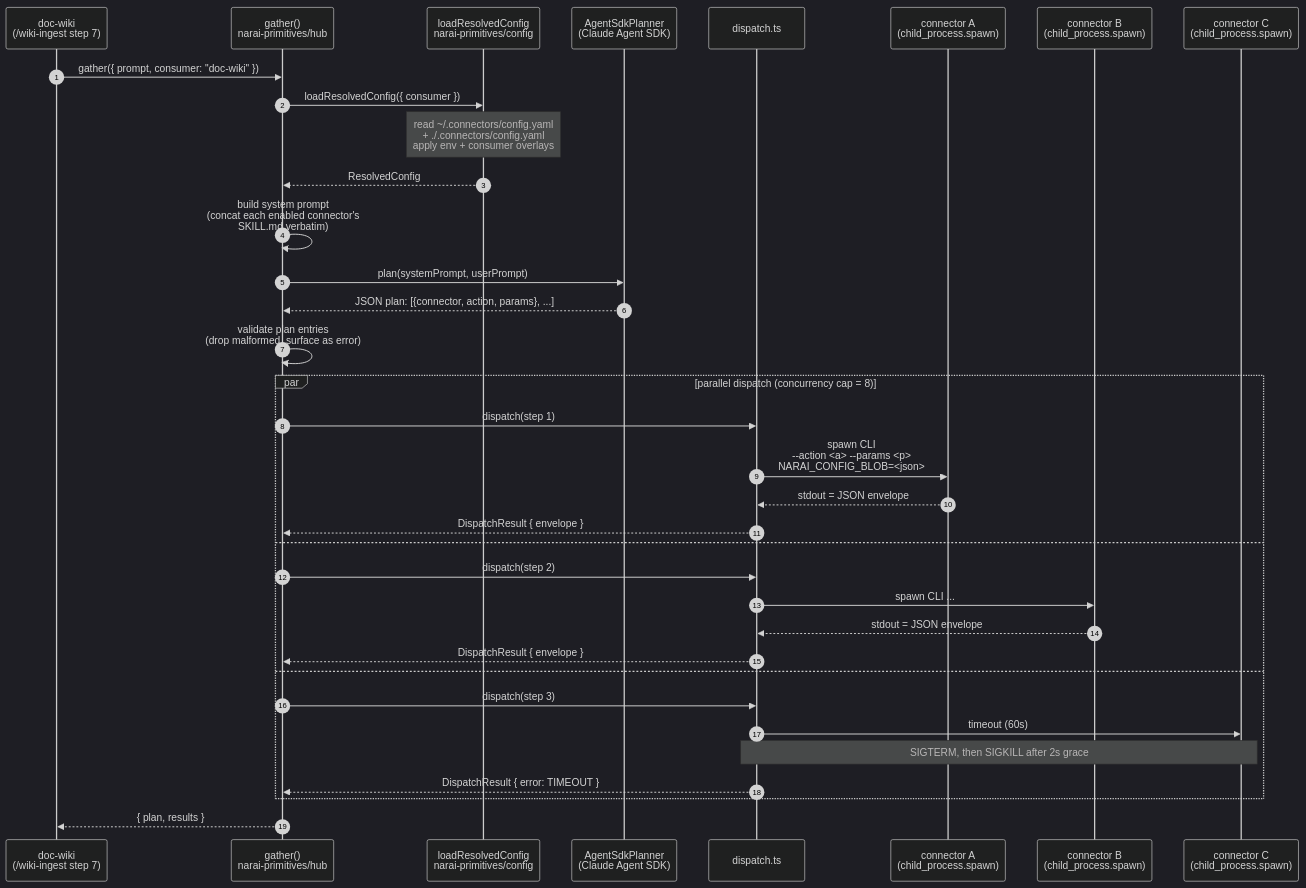
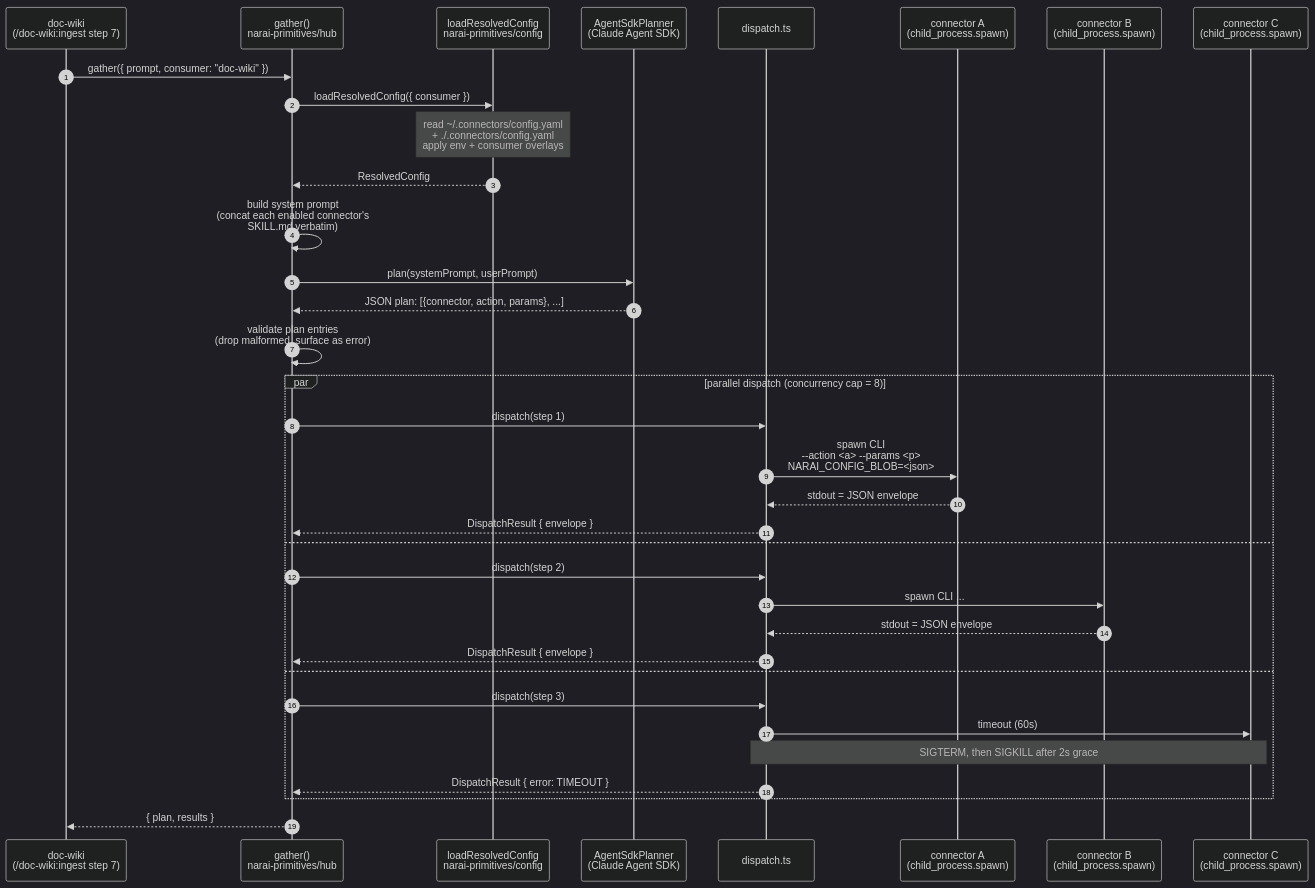
The third of 3 diagrams in docs/architecture.md (narailabs/doc-wiki), drawn with Mermaid (dark theme) before and after one commit. The commit also changed other lines of this file and 394 other files, not shown here.

````diff
--- a/docs/architecture.md
+++ b/docs/architecture.md
@@ -267,38 +267,38 @@
 ```mermaid
 sequenceDiagram
     autonumber
-    participant DW as doc-wiki<br/>(/wiki-ingest step 7)
+    participant DW as doc-wiki<br/>(/doc-wiki:ingest step 7)
     participant Hub as gather()<br/>narai-primitives/hub
     participant Cfg as loadResolvedConfig<br/>narai-primitives/config
     participant Plan as AgentSdkPlanner<br/>(Claude Agent SDK)
     participant Disp as dispatch.ts
     participant C1 as connector A<br/>(child_process.spawn)
     participant C2 as connector B<br/>(child_process.spawn)
     participant C3 as connector C<br/>(child_process.spawn)
 
     DW->>Hub: gather({ prompt, consumer: "doc-wiki" })
     Hub->>Cfg: loadResolvedConfig({ consumer })
     Note over Cfg: read ~/.connectors/config.yaml<br/>+ ./.connectors/config.yaml<br/>apply env + consumer overlays
     Cfg-->>Hub: ResolvedConfig
     Hub->>Hub: build system prompt<br/>(concat each enabled connector's<br/>SKILL.md verbatim)
     Hub->>Plan: plan(systemPrompt, userPrompt)
     Plan-->>Hub: JSON plan: [{connector, action, params}, ...]
     Hub->>Hub: validate plan entries<br/>(drop malformed, surface as error)
     par parallel dispatch (concurrency cap = 8)
         Hub->>Disp: dispatch(step 1)
         Disp->>C1: spawn CLI<br/>--action <a> --params <p><br/>NARAI_CONFIG_BLOB=<json>
         C1-->>Disp: stdout = JSON envelope
         Disp-->>Hub: DispatchResult { envelope }
     and
         Hub->>Disp: dispatch(step 2)
         Disp->>C2: spawn CLI ...
         C2-->>Disp: stdout = JSON envelope
         Disp-->>Hub: DispatchResult { envelope }
     and
         Hub->>Disp: dispatch(step 3)
         Disp->>C3: timeout (60s)
         Note over C3,Disp: SIGTERM, then SIGKILL after 2s grace
         Disp-->>Hub: DispatchResult { error: TIMEOUT }
     end
     Hub-->>DW: { plan, results }
 ```
````
